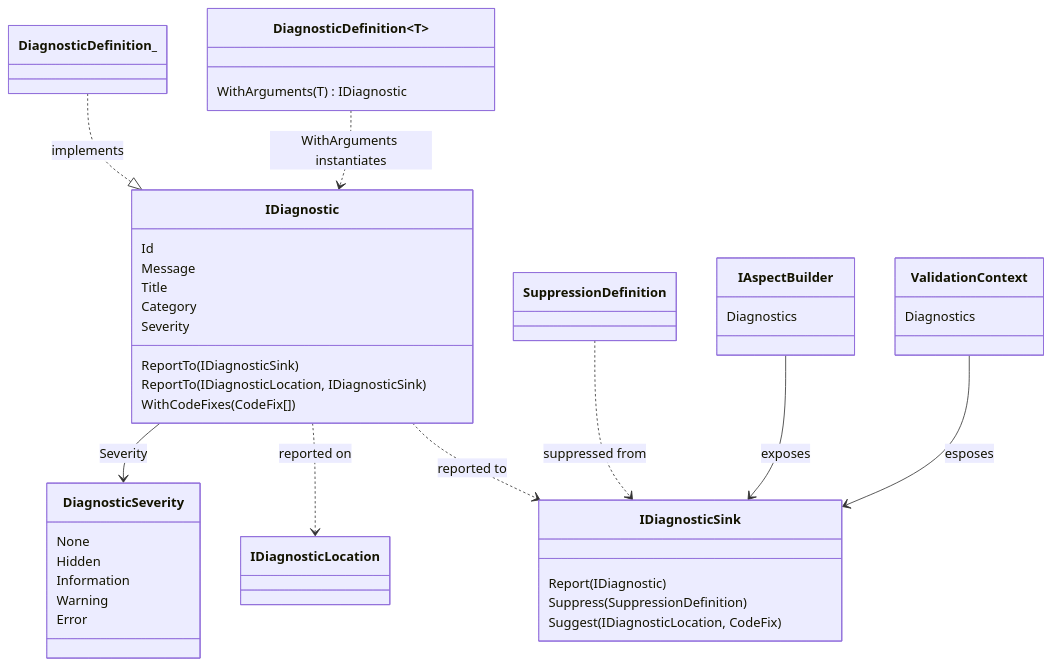
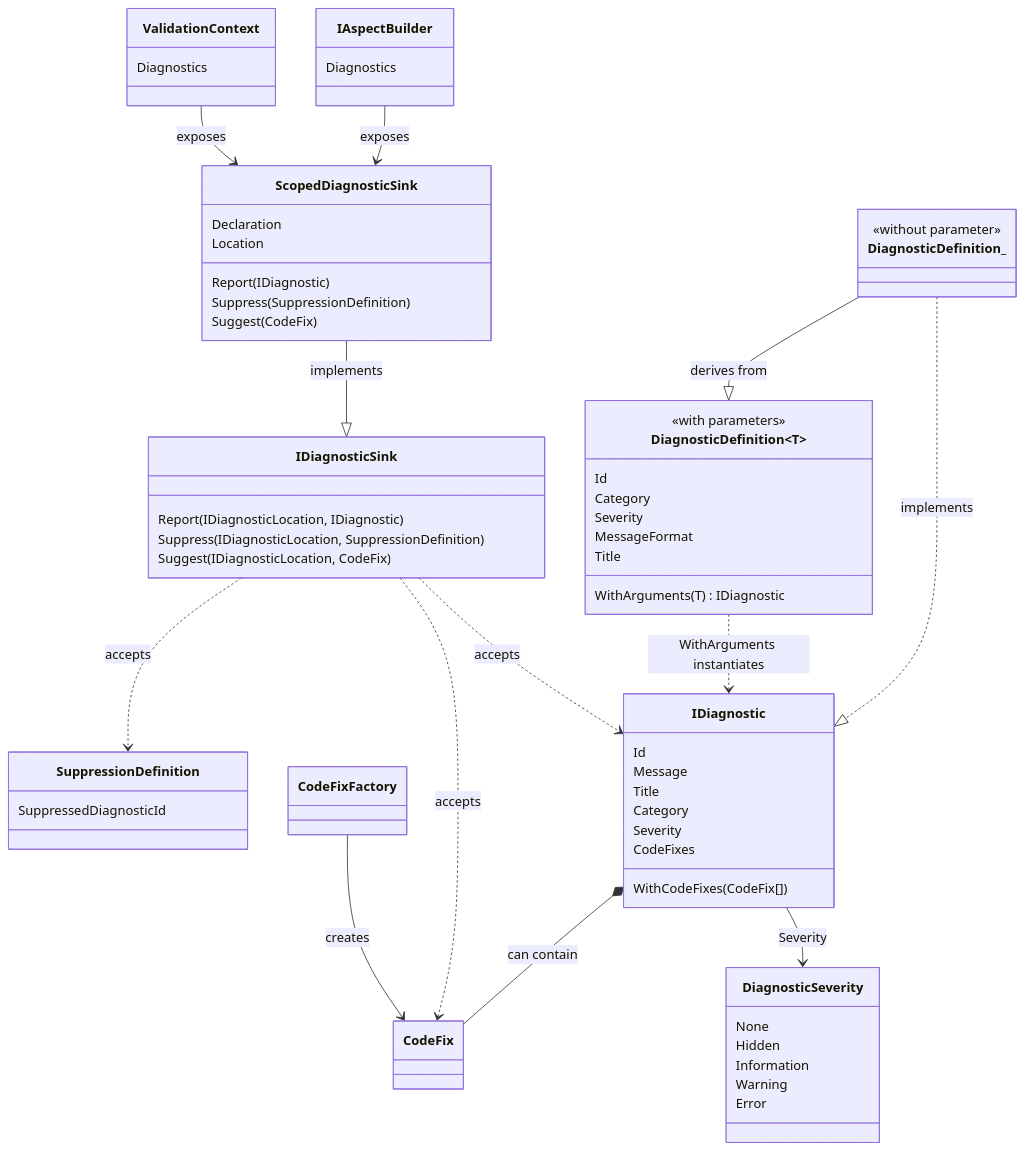
One commit to postsharp/Metalama.Documentation changed the diagram in docfx/namespaces/Metalama.Framework.Diagnostics.md. Above: the diagram before and after it, drawn with Mermaid. The commit also changed other lines of this file and 128 other files, not shown here.

````diff
--- a/docfx/namespaces/Metalama.Framework.Diagnostics.md
+++ b/docfx/namespaces/Metalama.Framework.Diagnostics.md
@@ -10,20 +14,27 @@
 classDiagram
 
   class SuppressionDefinition {
-
+      SuppressedDiagnosticId
   }
 
     class IDiagnosticSink {
-        Report(IDiagnostic)
-        Suppress(SuppressionDefinition)
+        Report(IDiagnosticLocation, IDiagnostic)
+        Suppress(IDiagnosticLocation, SuppressionDefinition)
         Suggest(IDiagnosticLocation, CodeFix)
 
     }
 
+    class ScopedDiagnosticSink {
+        Declaration
+        Location
+        Report(IDiagnostic)
+        Suppress(SuppressionDefinition)
+        Suggest(CodeFix)
+    }
 
-    class IDiagnosticLocation {
-        
-    }
+    ScopedDiagnosticSink --|> IDiagnosticSink : implements
+
+
   
     class DiagnosticSeverity {
         None
@@ -38,15 +49,30 @@
         Title
         Category
         Severity
-        ReportTo(IDiagnosticSink)
-        ReportTo(IDiagnosticLocation, IDiagnosticSink)
+        CodeFixes
         WithCodeFixes(CodeFix[])
     }
+
+    class CodeFix {
+
+    }
+
+    
+    IDiagnostic *-- CodeFix : can contain
         
-    class DiagnosticDefinition_ {
-        }
+     DiagnosticDefinition_ --|> DiagnosticDefinition~T~ : derives from
+
+class DiagnosticDefinition_ {
+    <<without parameter>>
+}        
 
     class DiagnosticDefinition~T~ {
+        <<with  parameters>>
+        Id
+        Category
+        Severity
+        MessageFormat
+        Title
         WithArguments(T) IDiagnostic
         }
 
@@ -61,13 +87,15 @@
 
     DiagnosticDefinition_ ..|> IDiagnostic : implements
     DiagnosticDefinition~T~ ..> IDiagnostic : WithArguments instantiates
-    IDiagnostic ..> IDiagnosticSink : reported to
-    IDiagnostic ..> IDiagnosticLocation : reported on
     IDiagnostic --> DiagnosticSeverity : Severity
-    SuppressionDefinition ..> IDiagnosticSink : suppressed from
+    IDiagnosticSink ..> IDiagnostic : accepts
+    IDiagnosticSink ..> SuppressionDefinition : accepts
+    IDiagnosticSink ..> CodeFix : accepts
 
-    IAspectBuilder --> IDiagnosticSink : exposes
-    ValidationContext --> IDiagnosticSink : esposes
+    IAspectBuilder --> ScopedDiagnosticSink : exposes
+    ValidationContext --> ScopedDiagnosticSink : exposes
+
+CodeFixFactory --> CodeFix : creates
 
 
 ```
````
